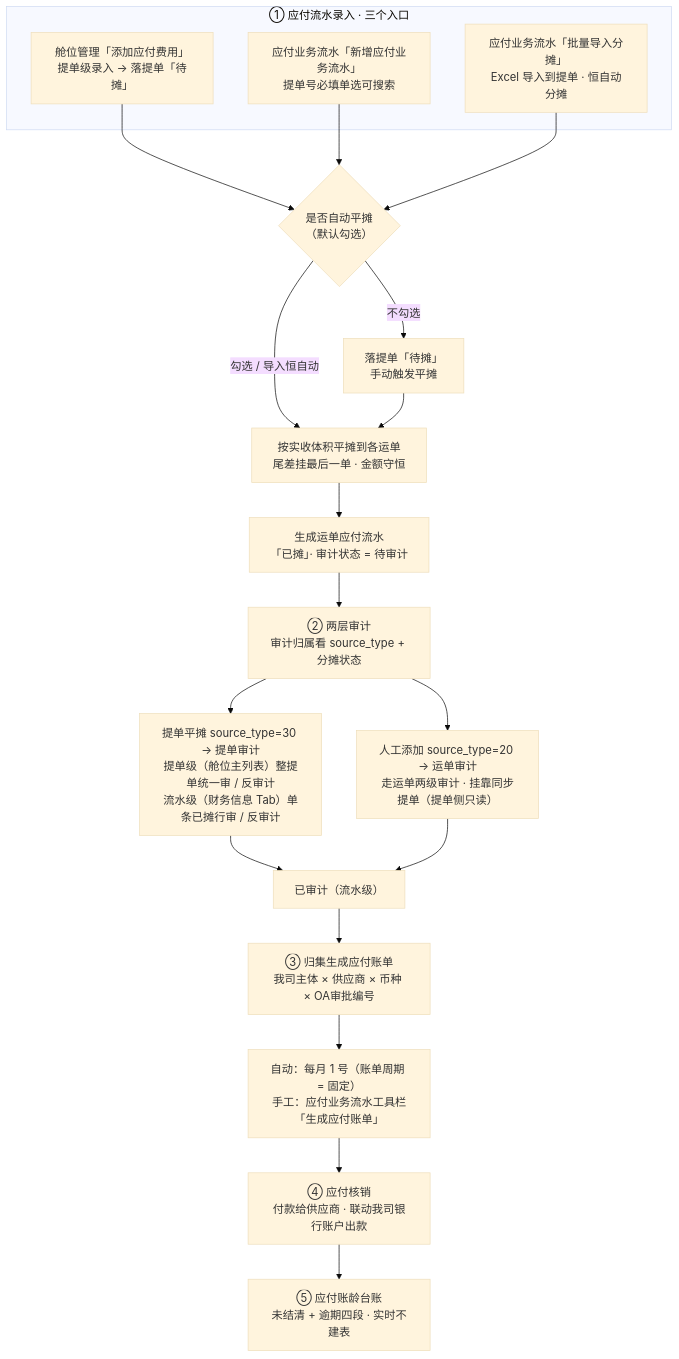
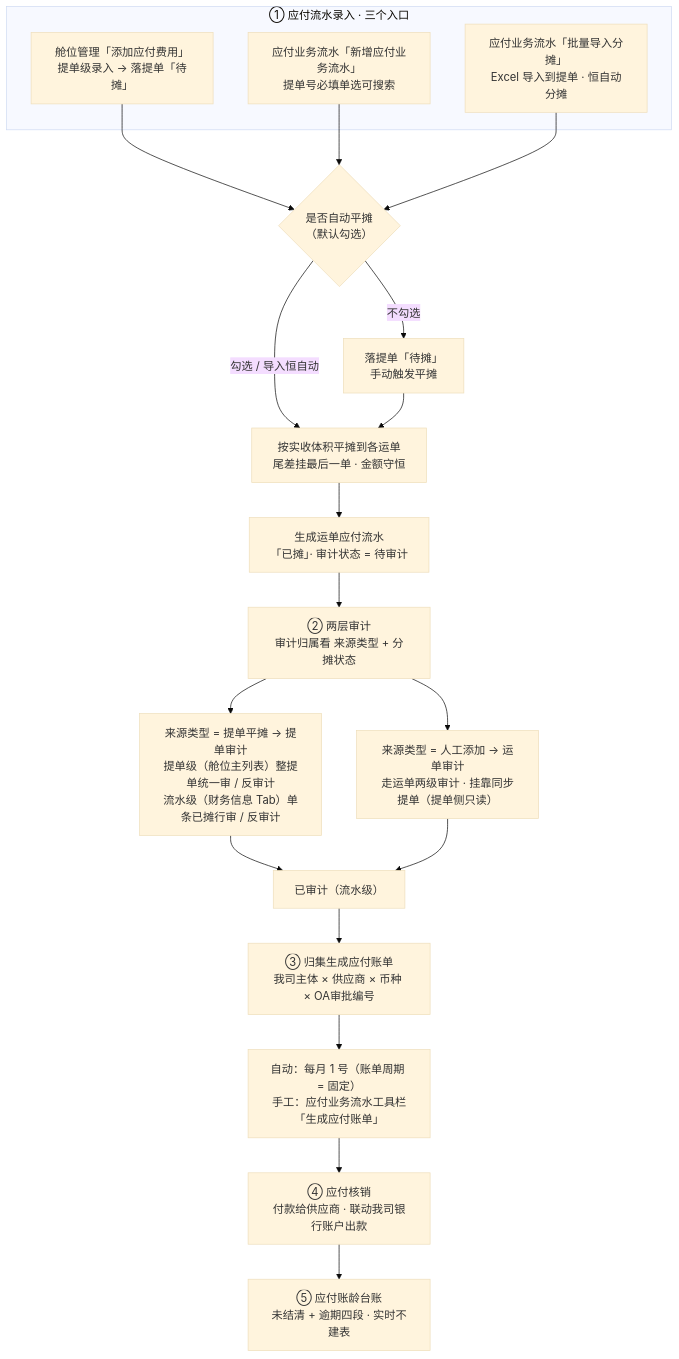
Before and after one commit to zhangwen960722/luna-daily: the fifth of 9 diagrams in 0-产品经理使用IDE/drafts/财务/2026-09-27-产品文档.md, drawn with Mermaid (base theme). The commit also changed other lines of this file and 5 other files, not shown here.

````diff
--- a/0-产品经理使用IDE/drafts/财务/2026-09-27-产品文档.md
+++ b/0-产品经理使用IDE/drafts/财务/2026-09-27-产品文档.md
@@ -626,24 +626,24 @@
 ```mermaid
 flowchart TD
     subgraph 录入["① 应付流水录入 · 三个入口"]
         A1["舱位管理「添加应付费用」<br/>提单级录入 → 落提单「待摊」"]
         A2["应付业务流水「新增应付业务流水」<br/>提单号必填单选可搜索"]
         A3["应付业务流水「批量导入分摊」<br/>Excel 导入到提单 · 恒自动分摊"]
     end
     A1 --> B{"是否自动平摊<br/>（默认勾选）"}
     A2 --> B
     A3 --> B
     B -->|"勾选 / 导入恒自动"| C["按实收体积平摊到各运单<br/>尾差挂最后一单 · 金额守恒"]
     B -->|不勾选| D["落提单「待摊」<br/>手动触发平摊"]
     D --> C
     C --> E["生成运单应付流水<br/>「已摊」· 审计状态 = 待审计"]
-    E --> F["② 两层审计<br/>审计归属看 source_type + 分摊状态"]
-    F --> G["提单平摊 source_type=30 → 提单审计<br/>提单级（舱位主列表）整提单统一审 / 反审计<br/>流水级（财务信息 Tab）单条已摊行审 / 反审计"]
-    F --> H["人工添加 source_type=20 → 运单审计<br/>走运单两级审计 · 挂靠同步提单（提单侧只读）"]
+    E --> F["② 两层审计<br/>审计归属看 来源类型 + 分摊状态"]
+    F --> G["来源类型 = 提单平摊 → 提单审计<br/>提单级（舱位主列表）整提单统一审 / 反审计<br/>流水级（财务信息 Tab）单条已摊行审 / 反审计"]
+    F --> H["来源类型 = 人工添加 → 运单审计<br/>走运单两级审计 · 挂靠同步提单（提单侧只读）"]
     G --> I["已审计（流水级）"]
     H --> I
     I --> J["③ 归集生成应付账单<br/>我司主体 × 供应商 × 币种 × OA审批编号"]
     J --> K["自动：每月 1 号（账单周期 = 固定）<br/>手工：应付业务流水工具栏「生成应付账单」"]
     K --> L["④ 应付核销<br/>付款给供应商 · 联动我司银行账户出款"]
     L --> M["⑤ 应付账龄台账<br/>未结清 + 逾期四段 · 实时不建表"]
 ```
````
